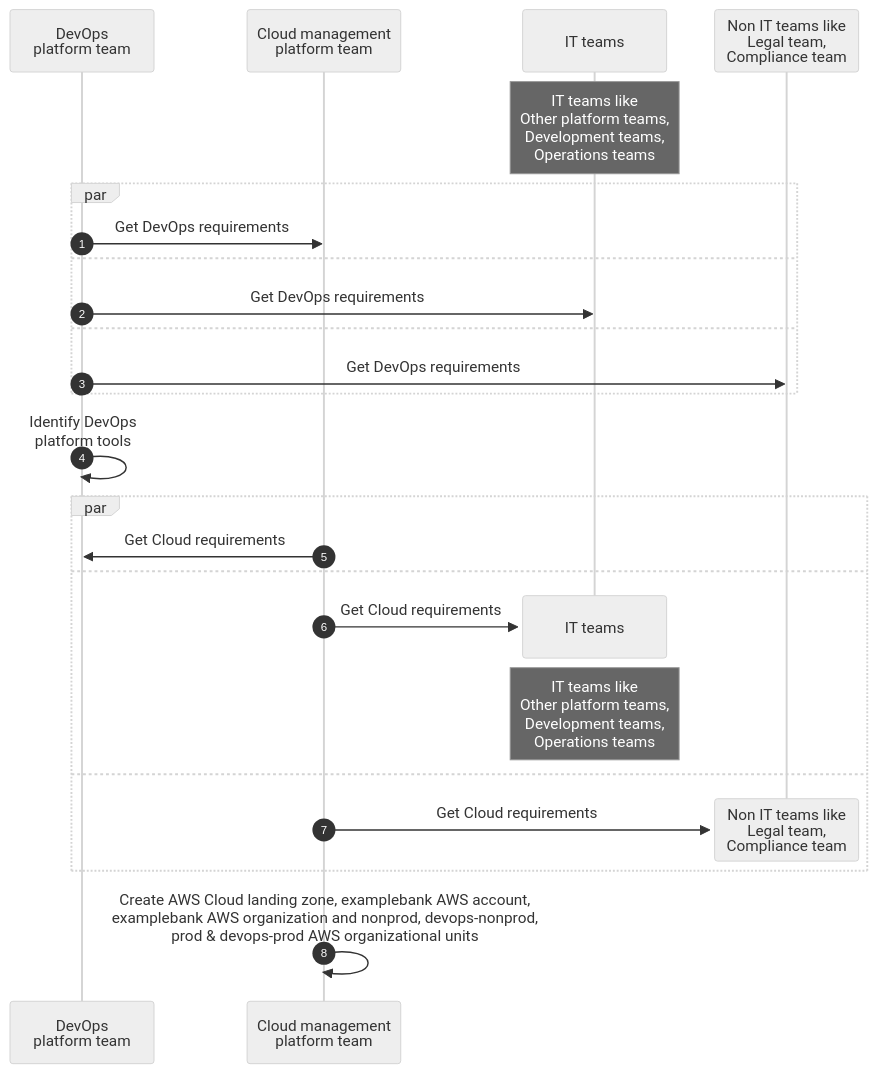
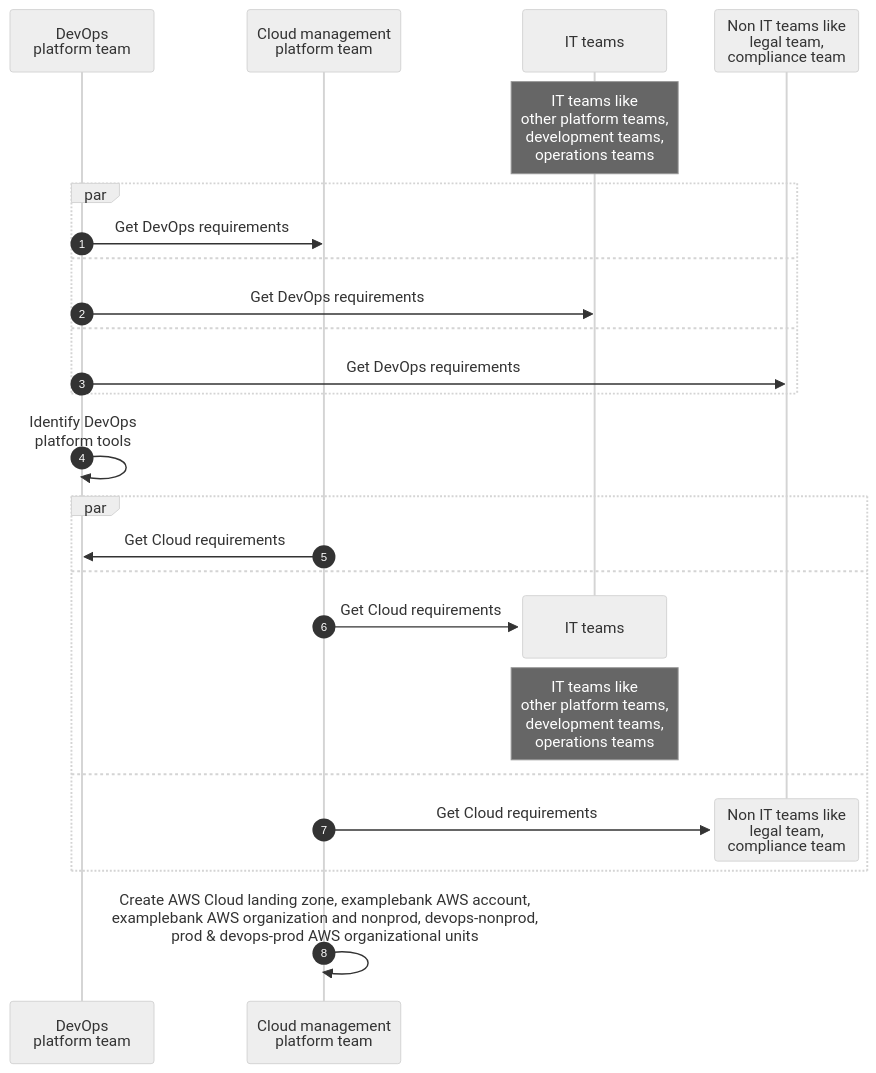
One commit to devopscodegen/architecture changed the sixth of 9 diagrams in docs/pages/docs/design.md. Above: the diagram before and after it, drawn with Mermaid (neutral theme).

````diff
--- a/docs/pages/docs/design.md
+++ b/docs/pages/docs/design.md
@@ -455,28 +455,28 @@
 ```mermaid
 sequenceDiagram
   autonumber
   participant devops_platform_team as DevOps<br>platform team
   participant cloud_management_platform_team as Cloud management<br>platform team
   participant it_teams as IT teams
-  participant non_it_teams as Non IT teams like<br>Legal team,<br>Compliance team
-  note over it_teams : IT teams like<br>Other platform teams,<br>Development teams,<br>Operations teams
+  participant non_it_teams as Non IT teams like<br>legal team,<br>compliance team
+  note over it_teams : IT teams like<br>other platform teams,<br>development teams,<br>operations teams
   par
     devops_platform_team->>cloud_management_platform_team : Get DevOps requirements
   and
     devops_platform_team->>it_teams : Get DevOps requirements
   and
     devops_platform_team->>non_it_teams : Get DevOps requirements
   end
   devops_platform_team->>devops_platform_team : Identify DevOps<br>platform tools
   par
     cloud_management_platform_team->>devops_platform_team : Get Cloud requirements
   and
     destroy it_teams
     cloud_management_platform_team->>it_teams : Get Cloud requirements
-    note over it_teams : IT teams like<br>Other platform teams,<br>Development teams,<br>Operations teams
+    note over it_teams : IT teams like<br>other platform teams,<br>development teams,<br>operations teams
   and
     destroy non_it_teams
     cloud_management_platform_team->>non_it_teams : Get Cloud requirements
   end
   cloud_management_platform_team->>cloud_management_platform_team : Create AWS Cloud landing zone, examplebank AWS account,<br>  examplebank AWS organization and nonprod, devops-nonprod, <br>prod & devops-prod AWS organizational units
 ```
````
